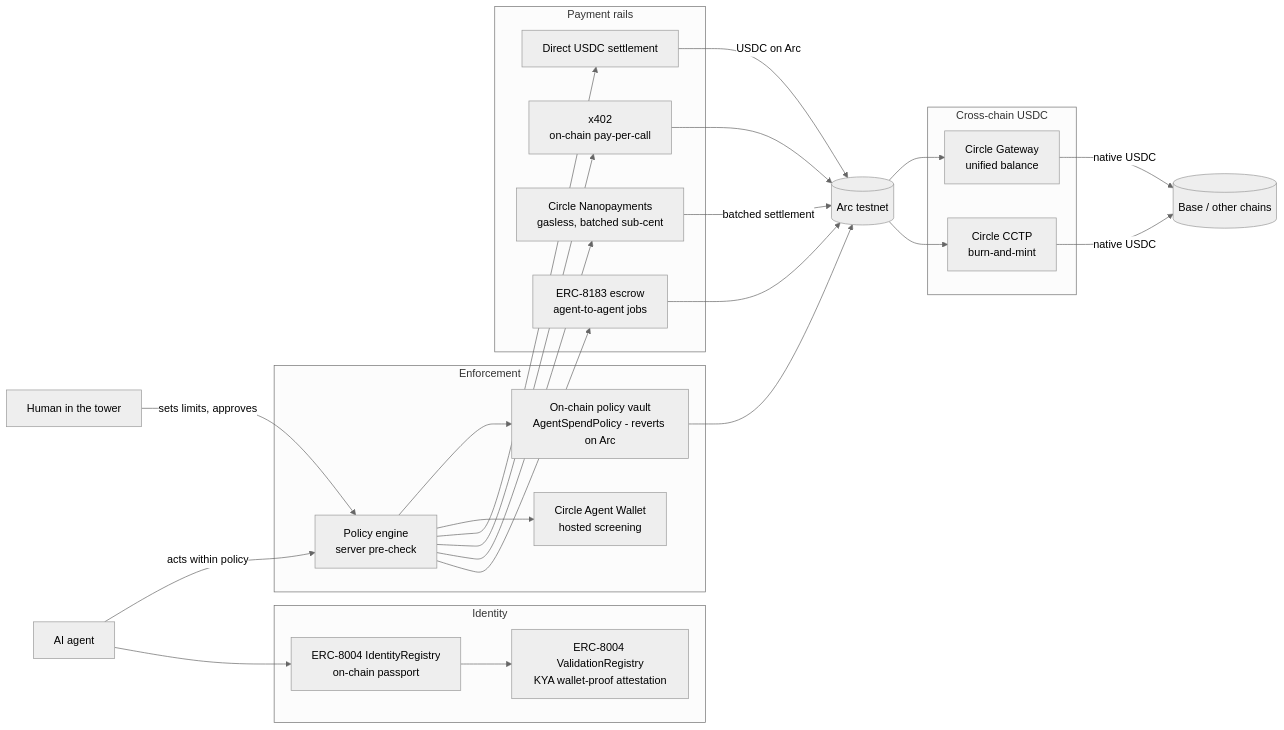
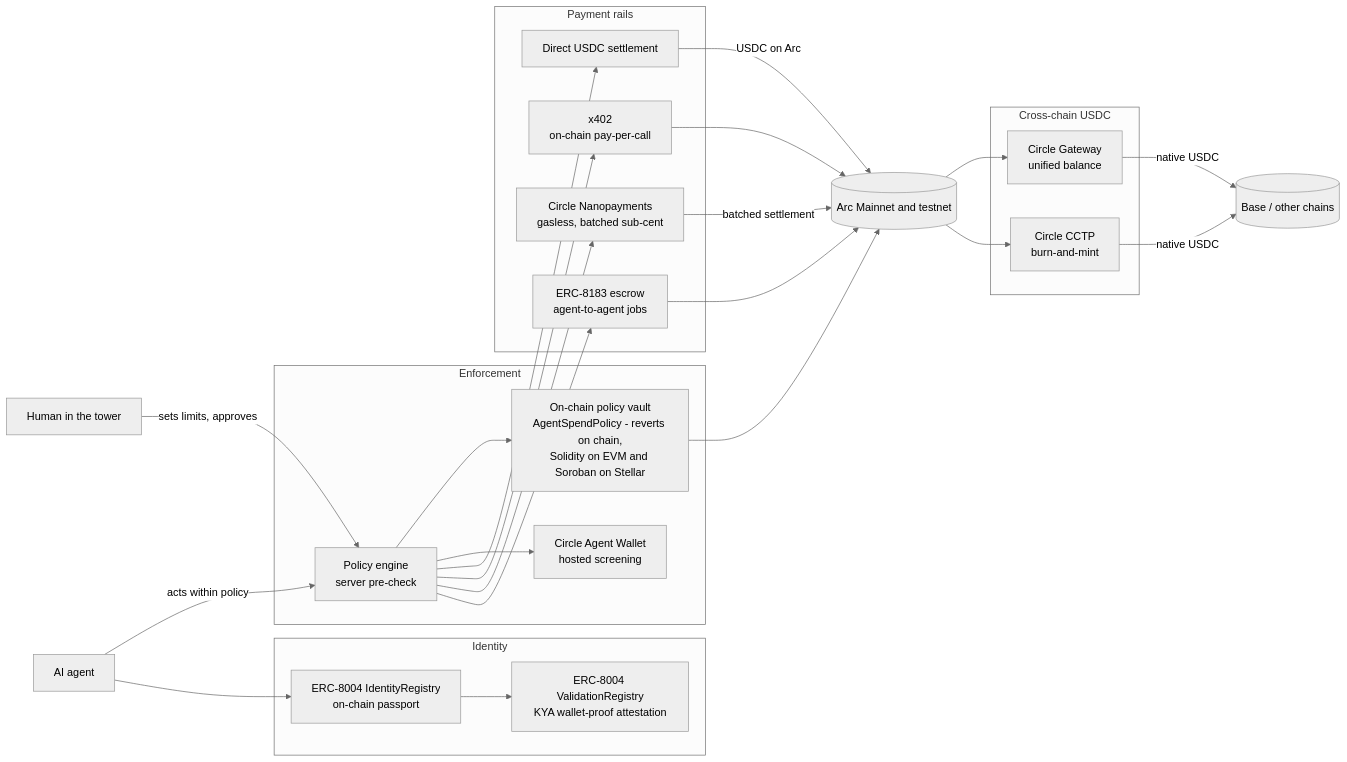
One commit to getA-Identity/A-Identity changed the first of 5 diagrams in ARCHITECTURE.md. Above: the diagram before and after it, drawn with Mermaid (neutral theme). The commit also changed other lines of this file and 5 other files, not shown here.

First line of the commit message:
fix(docs): a dead proof link, an audit finding closed four files still called open, and two diagrams that no longer matched the code

````diff
--- a/ARCHITECTURE.md
+++ b/ARCHITECTURE.md
@@ -37,34 +37,34 @@
 ```mermaid
 flowchart LR
   H[Human in the tower] -->|sets limits, approves| P
   A[AI agent] -->|acts within policy| P
   subgraph Identity
     ID[ERC-8004 IdentityRegistry<br/>on-chain passport]
     KYA[ERC-8004 ValidationRegistry<br/>KYA wallet-proof attestation]
   end
   subgraph Enforcement
     P[Policy engine<br/>server pre-check]
-    V[On-chain policy vault<br/>AgentSpendPolicy - reverts on Arc]
+    V[On-chain policy vault<br/>AgentSpendPolicy - reverts on chain,<br/>Solidity on EVM and Soroban on Stellar]
     C[Circle Agent Wallet<br/>hosted screening]
   end
   subgraph Payment rails
     X[x402<br/>on-chain pay-per-call]
     N[Circle Nanopayments<br/>gasless, batched sub-cent]
     E[ERC-8183 escrow<br/>agent-to-agent jobs]
     S[Direct USDC settlement]
   end
   subgraph Cross-chain USDC
     G[Circle Gateway<br/>unified balance]
     CC[Circle CCTP<br/>burn-and-mint]
   end
   A --> ID --> KYA
   P --> V
   P --> C
   P --> S & X & N & E
-  S -->|USDC on Arc| OUT[(Arc testnet)]
+  S -->|USDC on Arc| OUT[(Arc Mainnet and testnet)]
   V --> OUT
   E --> OUT
   X --> OUT
   N -->|batched settlement| OUT
   OUT --> G & CC -->|native USDC| OTHER[(Base / other chains)]
 ```
````
